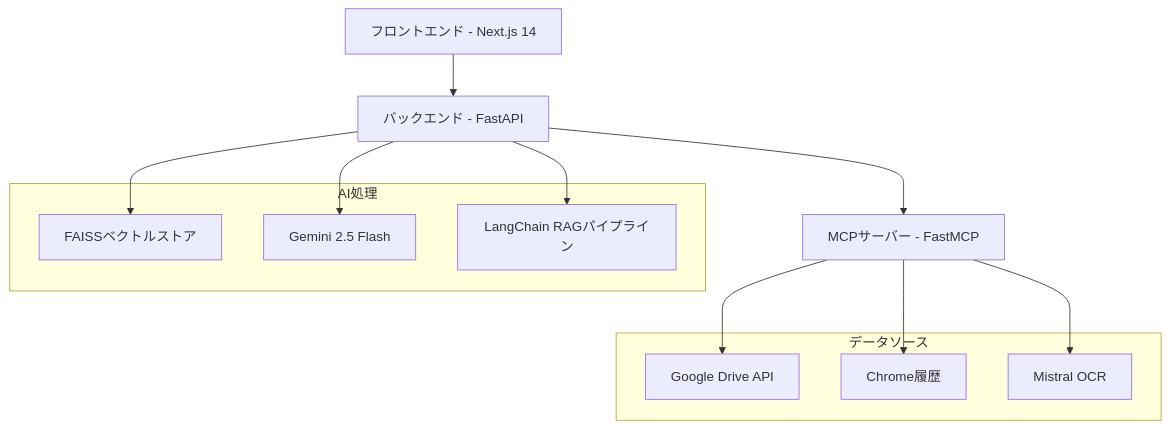
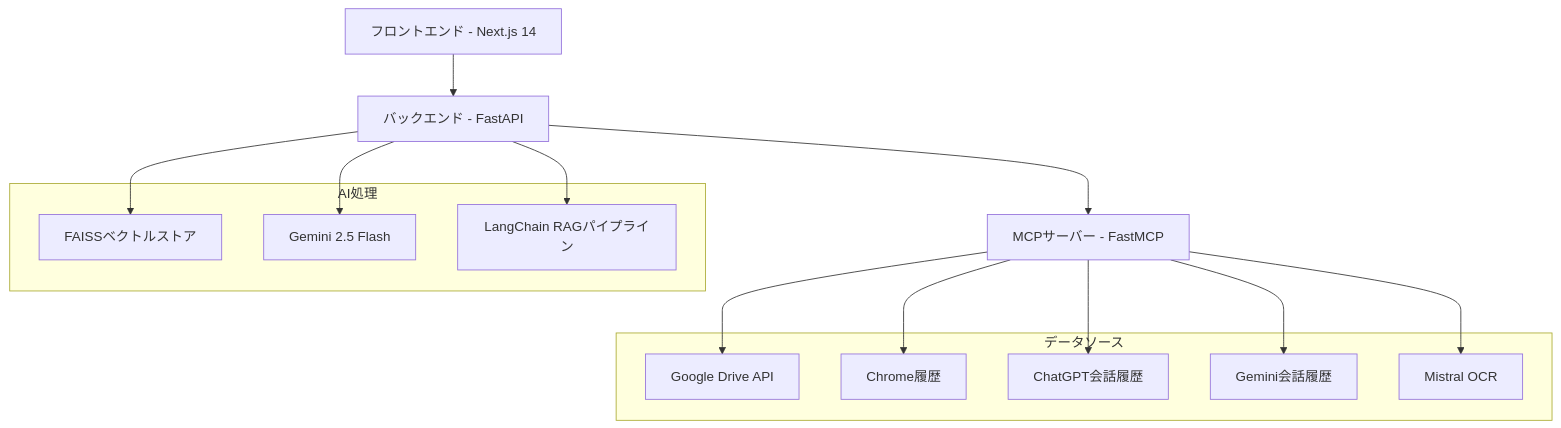
Before and after one commit to u-keiya/ExtendYourMemory: the diagram in README.md, drawn with Mermaid. The commit also changed other lines of this file and 6 other files, not shown here.

````diff
--- a/README.md
+++ b/README.md
@@ -61,23 +64,27 @@
 ```mermaid
 graph TB
     A[フロントエンド - Next.js 14] --> B[バックエンド - FastAPI]
     B --> C[MCPサーバー - FastMCP]
     C --> D[Google Drive API]
     C --> E[Chrome履歴]
-    C --> F[Mistral OCR]
-    B --> G[FAISSベクトルストア]
-    B --> H[Gemini 2.5 Flash]
-    B --> I[LangChain RAGパイプライン]
+    C --> F[ChatGPT会話履歴]
+    C --> G[Gemini会話履歴]
+    C --> H[Mistral OCR]
+    B --> I[FAISSベクトルストア]
+    B --> J[Gemini 2.5 Flash]
+    B --> K[LangChain RAGパイプライン]
     
     subgraph "データソース"
         D
         E
         F
+        G
+        H
     end
     
     subgraph "AI処理"
-        H
+        J
+        K
         I
-        G
     end
 ```
````
